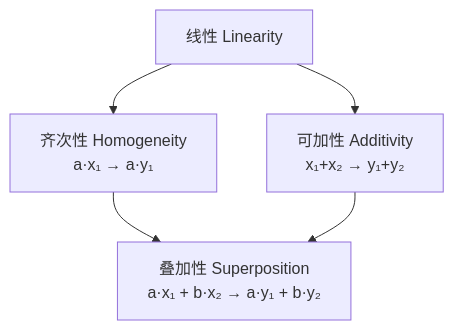
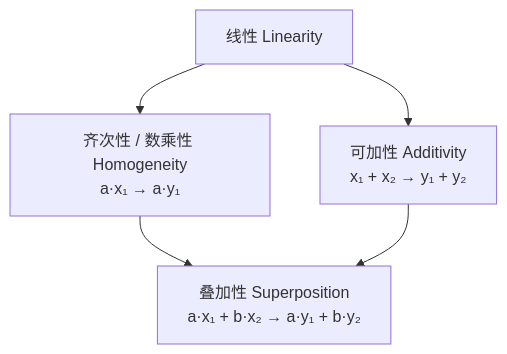
One commit to KayeAdams515/ClaudeNotes changed the eighth of 10 diagrams in 信号与系统/C1.6 系统的基本性质.md. Above: the diagram before and after it, drawn with Mermaid. The commit also changed other lines of this file and 23 other files, not shown here.

````diff
--- a/信号与系统/C1.6 系统的基本性质.md
+++ b/信号与系统/C1.6 系统的基本性质.md
@@ -505,7 +604,7 @@
 ```mermaid
 flowchart TD
-    L["线性 Linearity"] --> H["齐次性 Homogeneity<br/>a·x₁ → a·y₁"]
-    L --> A["可加性 Additivity<br/>x₁+x₂ → y₁+y₂"]
+    L["线性 Linearity"] --> H["齐次性 / 数乘性 Homogeneity<br/>a·x₁ → a·y₁"]
+    L --> A["可加性 Additivity<br/>x₁ + x₂ → y₁ + y₂"]
     H --> S["叠加性 Superposition<br/>a·x₁ + b·x₂ → a·y₁ + b·y₂"]
     A --> S
 ```
````
